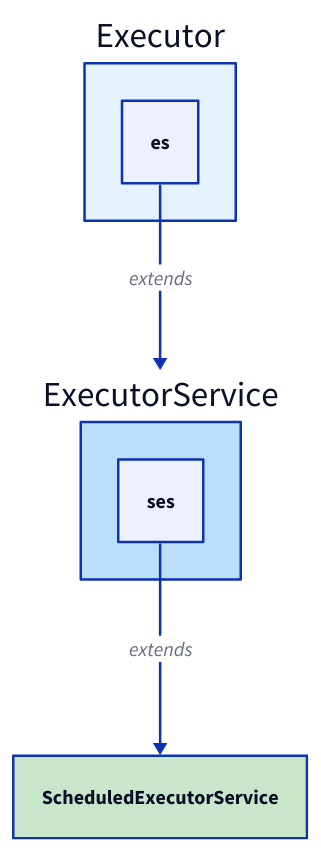
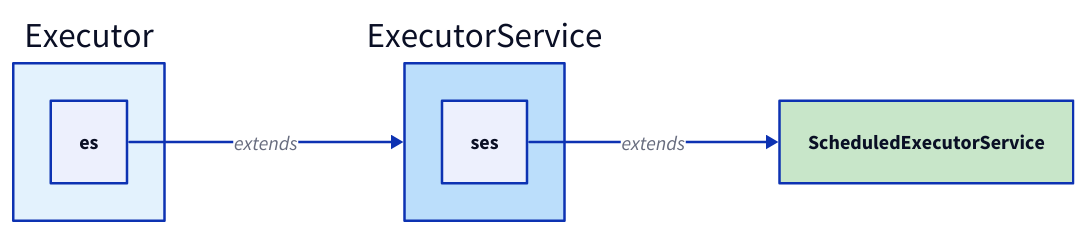
The second of 2 diagrams in docs/java/concurrency/executors-and-futures.md (cyberstoneac/dsa_docs), drawn with D2 before and after one commit. The commit also changed 15 other files, not shown here.

````diff
--- a/docs/java/concurrency/executors-and-futures.md
+++ b/docs/java/concurrency/executors-and-futures.md
@@ -43,19 +43,19 @@
 ```d2
-direction: down
+direction: right
 
 executor: Executor {
   style.fill: "#e3f2fd"
   desc: "execute(Runnable)"
 }
 es: ExecutorService {
   style.fill: "#bbdefb"
   desc: "submit, invokeAll, invokeAny,\nshutdown, awaitTermination"
 }
 ses: ScheduledExecutorService {
   style.fill: "#c8e6c9"
   desc: "schedule, scheduleAtFixedRate"
 }
 
 executor.es -> es: "extends"
 es.ses -> ses: "extends"
 ```
````
